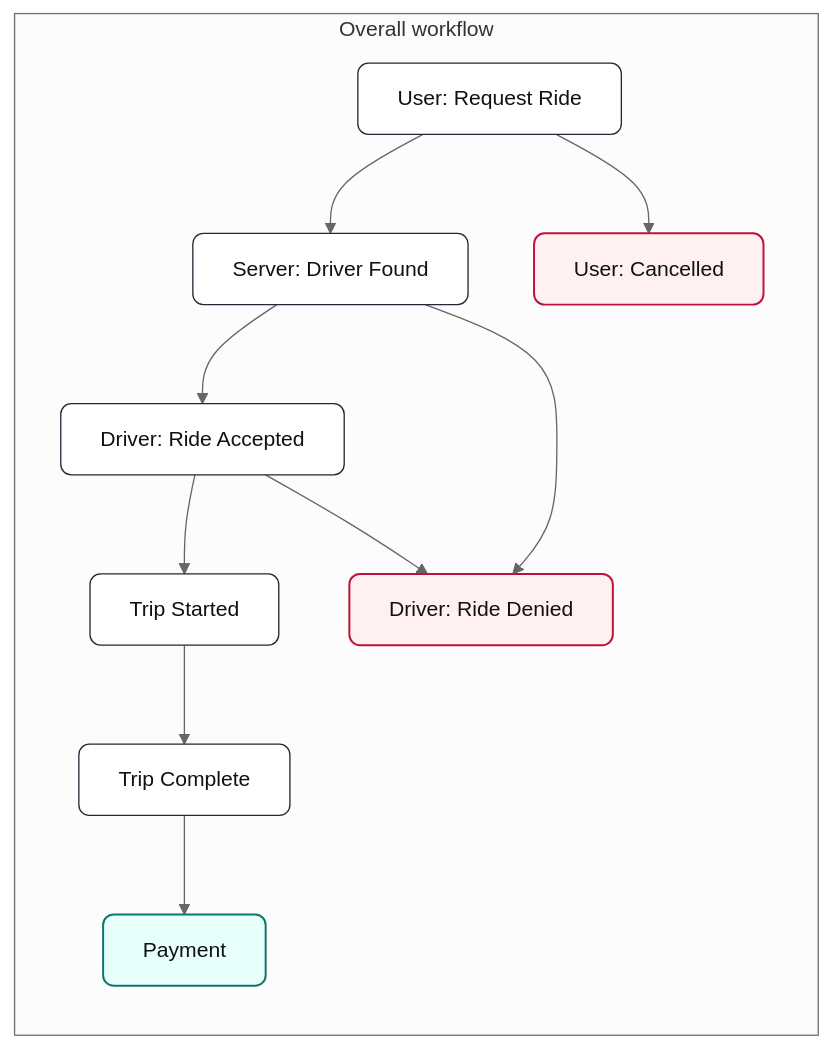
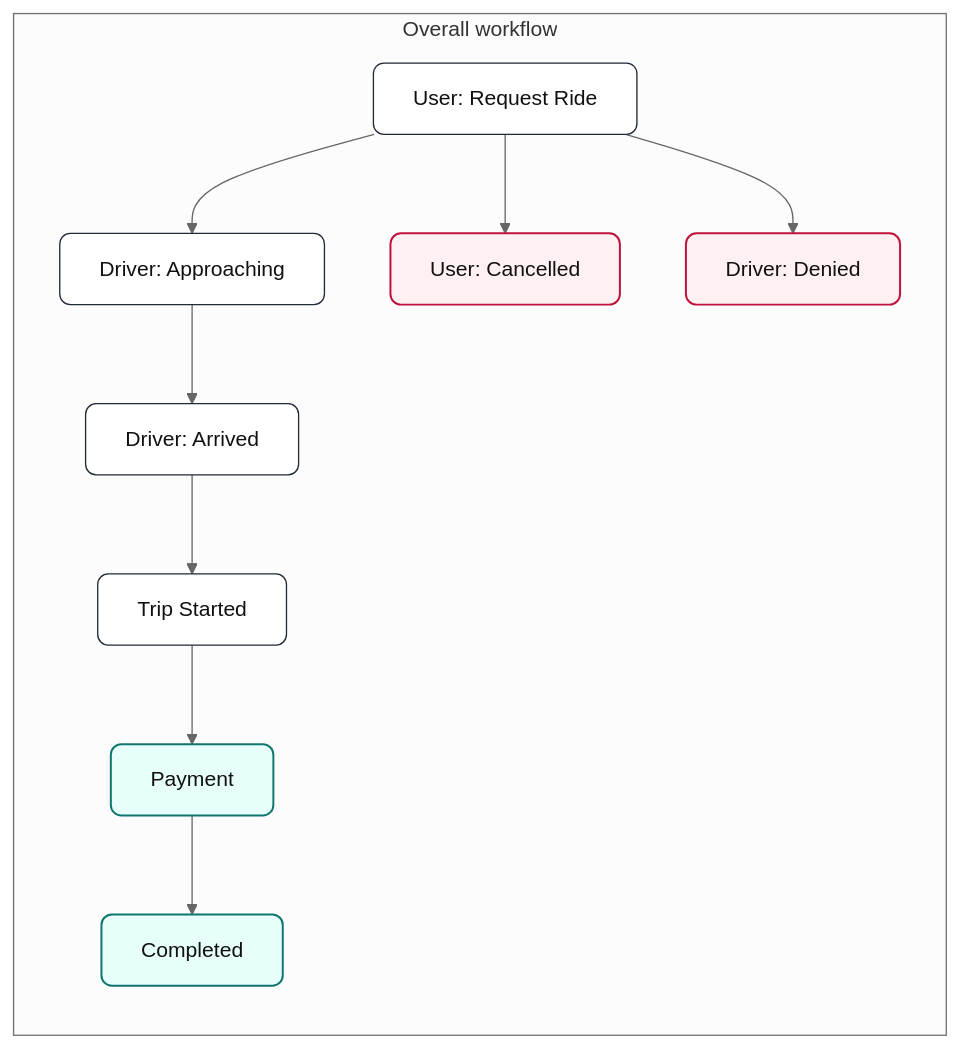
One commit to fweilun/Ark changed the first of 3 diagrams in docs/orderflow.md. Above: the diagram before and after it, drawn with Mermaid (neutral theme). The commit also changed other lines of this file and 11 other files, not shown here.

Commit message:
update order workflow to support driver, user

````diff
--- a/docs/orderflow.md
+++ b/docs/orderflow.md
@@ -45,18 +46,17 @@
 ```mermaid
 flowchart TB
   classDef state fill:#ffffff,stroke:#1f2937,stroke-width:1px,rx:8,ry:8,color:#111111;
   classDef terminal fill:#e6fffb,stroke:#0f766e,stroke-width:1.5px,rx:8,ry:8,color:#111111;
   classDef exception fill:#fff1f2,stroke:#be123c,stroke-width:1.5px,rx:8,ry:8,color:#111111;
 
   subgraph StateManager["Overall workflow"]
     direction TB
-    RequestRide["User: Request Ride"] --> DriverFound["Server: Driver Found"] --> RideAccepted["Driver: Ride Accepted"] --> TripStarted["Trip Started"] --> TripComplete["Trip Complete"] --> Payment["Payment"]
+    RequestRide["User: Request Ride"] --> Approaching["Driver: Approaching"] --> Arrived["Driver: Arrived"] --> Driving["Trip Started"] --> Payment["Payment"] --> Complete["Completed"]
     RequestRide --> Cancelled["User: Cancelled"]
-    DriverFound --> RideDenied["Driver: Ride Denied"]
-    RideAccepted --> RideDenied["Driver: Ride Denied"]
+    RequestRide --> Denied["Driver: Denied"]
   end
 
-  class RequestRide,DriverFound,RideAccepted,TripStarted,TripComplete state;
-  class Payment terminal;
-  class Cancelled,RideDenied exception;
+  class RequestRide,Approaching,Arrived,Driving state;
+  class Payment,Complete terminal;
+  class Cancelled,Denied exception;
 ```
````
